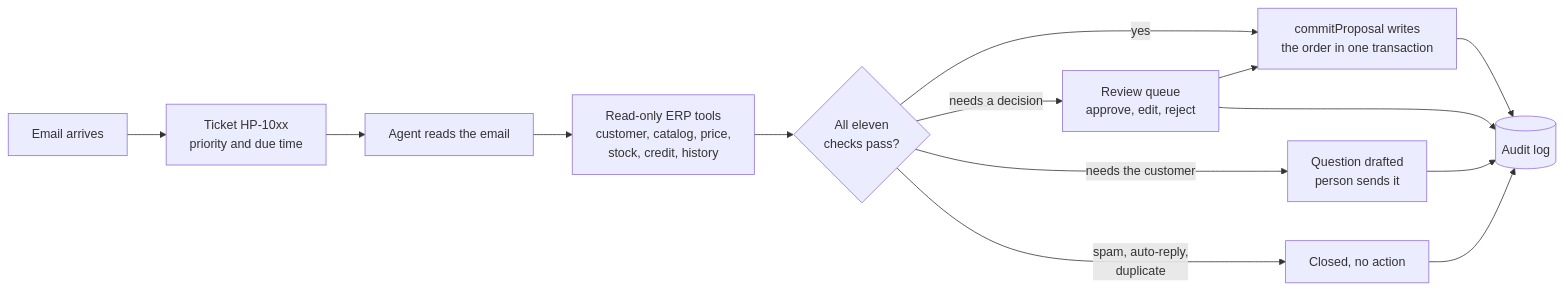
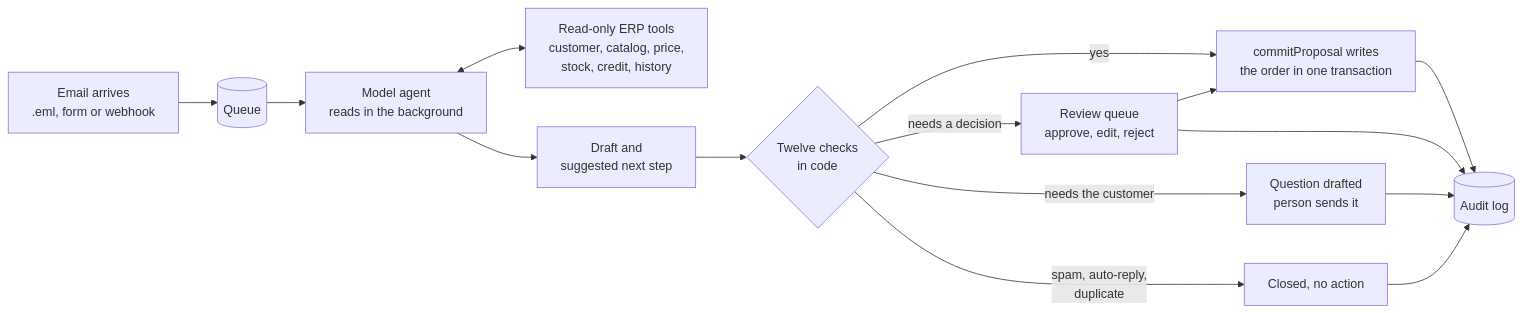
The first of 2 diagrams in README.md (nabilafifahq/test-harbor), drawn with Mermaid before and after one commit. The commit also changed other lines of this file and 3 other files, not shown here.

First line of the commit message:
Fixes from eval run 2; README for the model agent

````diff
--- a/README.md
+++ b/README.md
@@ -108,13 +126,14 @@
 ```mermaid
 flowchart LR
-  A[Email arrives] --> B[Ticket HP-10xx<br/>priority and due time]
-  B --> C[Agent reads the email]
-  C --> D[Read-only ERP tools<br/>customer, catalog, price,<br/>stock, credit, history]
-  D --> E{All eleven<br/>checks pass?}
+  A[Email arrives<br/>.eml, form or webhook] --> Q[(Queue)]
+  Q --> C[Model agent<br/>reads in the background]
+  C <--> D[Read-only ERP tools<br/>customer, catalog, price,<br/>stock, credit, history]
+  C --> R[Draft and<br/>suggested next step]
+  R --> E{Twelve checks<br/>in code}
   E -- yes --> F[commitProposal writes<br/>the order in one transaction]
   E -- needs a decision --> G[Review queue<br/>approve, edit, reject]
   E -- needs the customer --> H[Question drafted<br/>person sends it]
   E -- spam, auto-reply,<br/>duplicate --> I[Closed, no action]
   G --> F
   F & G & H & I --> J[(Audit log)]
 ```
````
